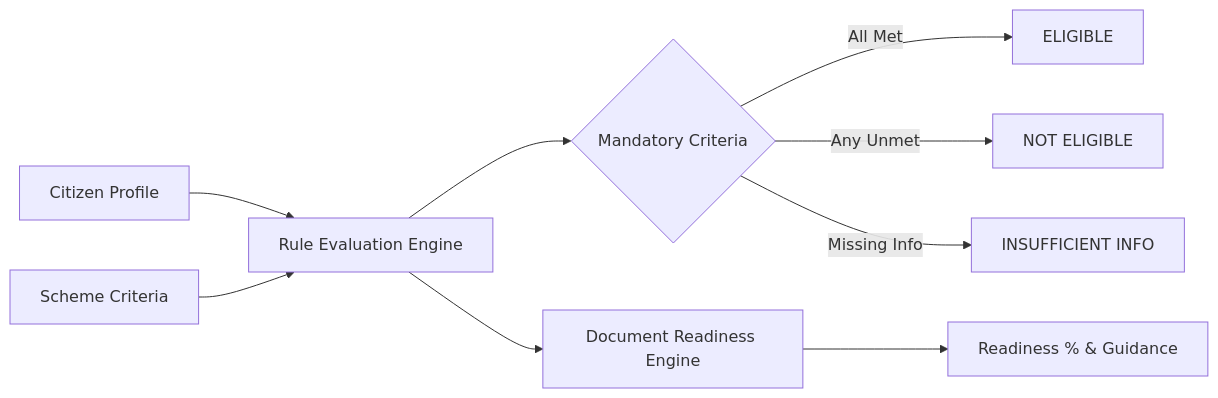
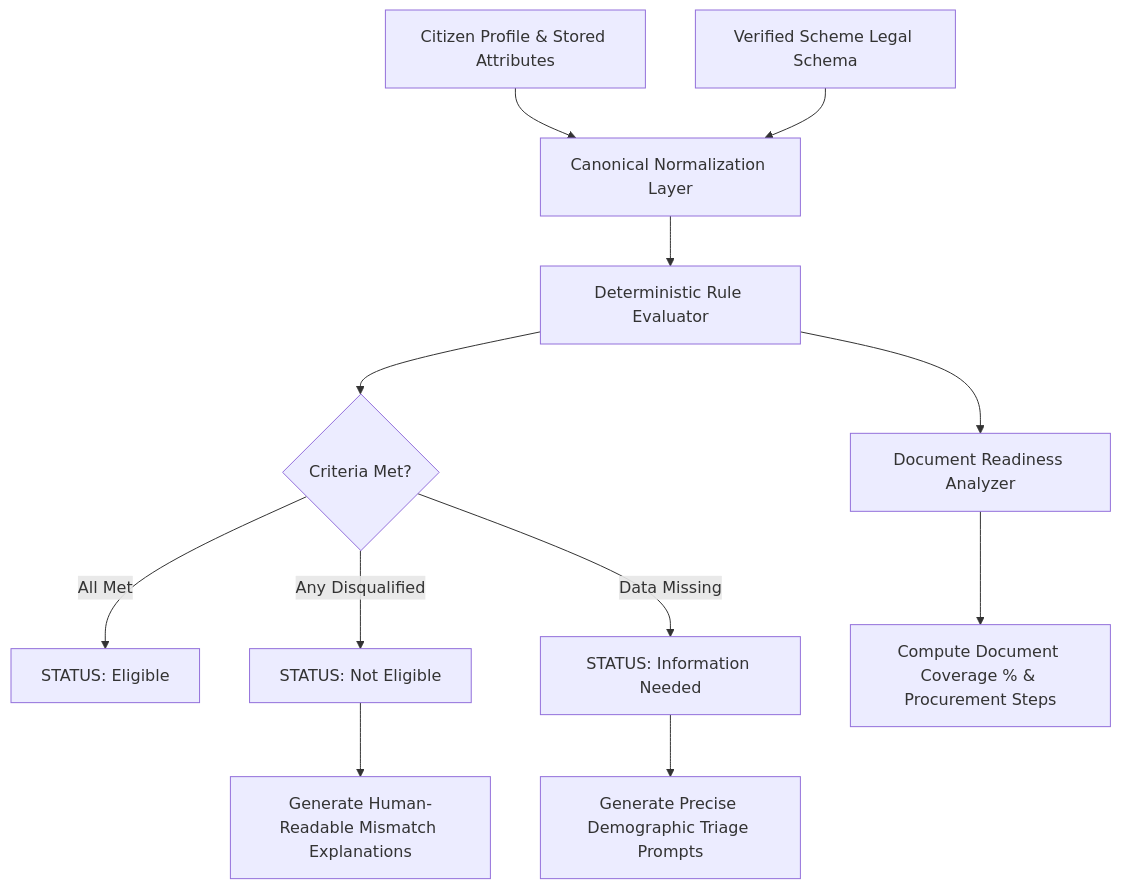
Before and after one commit to NITISH1817/GovScheme: the second of 2 diagrams in README.md, drawn with Mermaid. The commit also changed other lines of this file and 22 other files, not shown here.

Commit message:
feat: resolve multilingual consistency, normalize scheme rule evaluation, and advance enterprise documentation

````diff
--- a/README.md
+++ b/README.md
@@ -73,11 +85,17 @@
 ```mermaid
-flowchart LR
-    P[Citizen Profile] --> E[Rule Evaluation Engine]
-    S[Scheme Criteria] --> E
-    E --> C1{Mandatory Criteria}
-    C1 -- All Met --> R1[ELIGIBLE]
-    C1 -- Any Unmet --> R2[NOT ELIGIBLE]
-    C1 -- Missing Info --> R3[INSUFFICIENT INFO]
-    E --> D[Document Readiness Engine]
-    D --> SCORE[Readiness % & Guidance]
+flowchart TD
+    A[Citizen Profile & Stored Attributes] --> B[Canonical Normalization Layer]
+    C[Verified Scheme Legal Schema] --> B
+    B --> D[Deterministic Rule Evaluator]
+    
+    D --> E1{Criteria Met?}
+    E1 -- All Met --> F1[STATUS: Eligible]
+    E1 -- Any Disqualified --> F2[STATUS: Not Eligible]
+    E1 -- Data Missing --> F3[STATUS: Information Needed]
+    
+    F2 --> G1[Generate Human-Readable Mismatch Explanations]
+    F3 --> G2[Generate Precise Demographic Triage Prompts]
+    
+    D --> H[Document Readiness Analyzer]
+    H --> I[Compute Document Coverage % & Procurement Steps]
 ```
````
